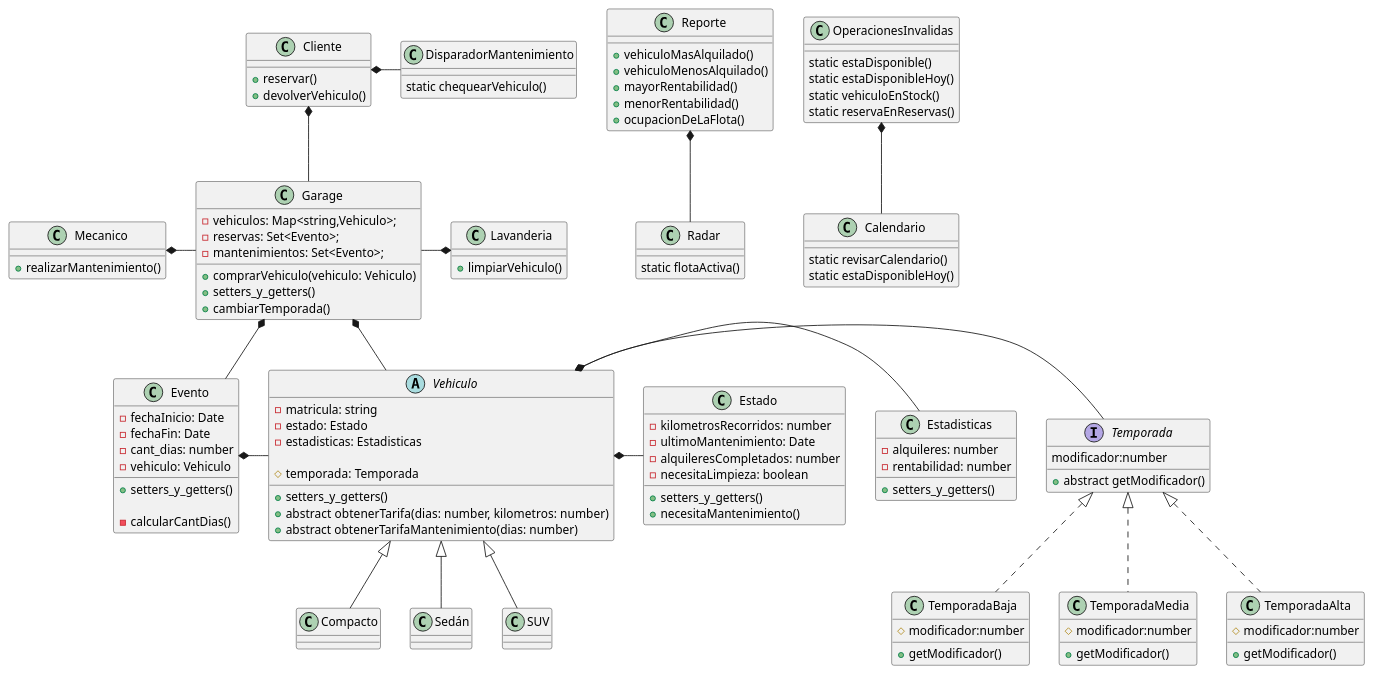
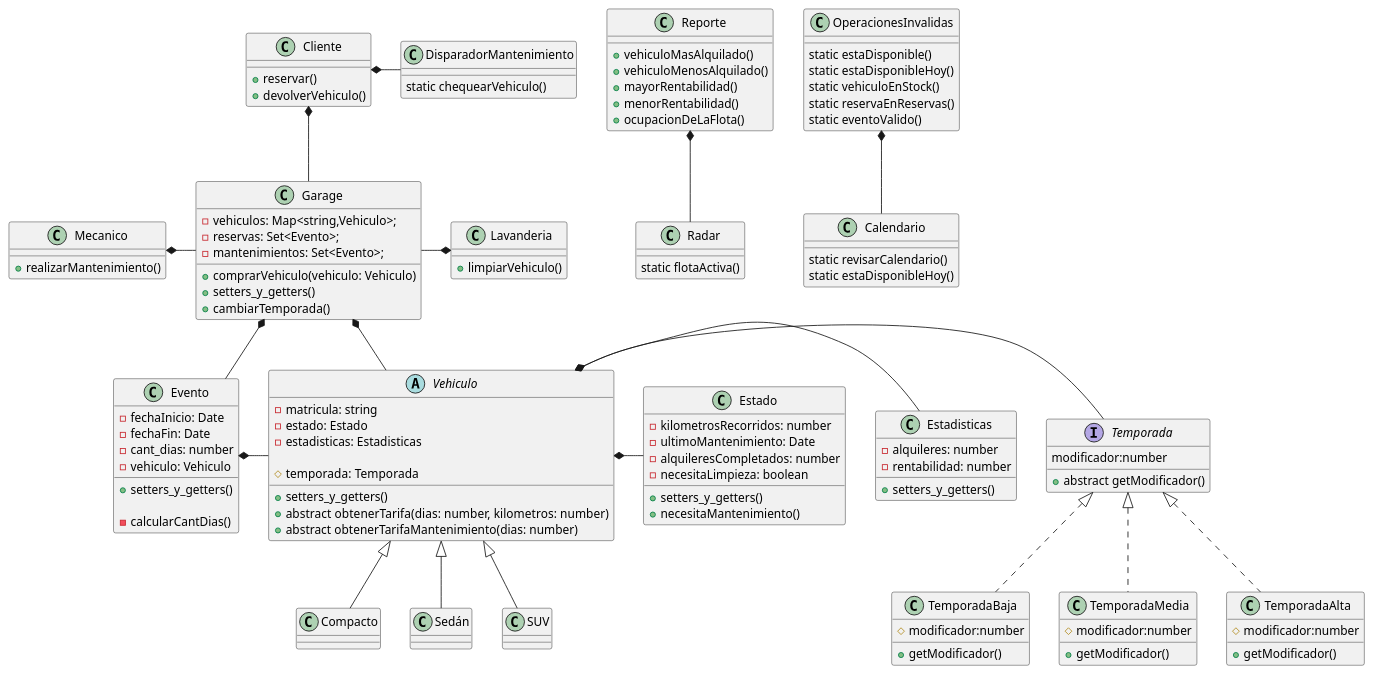
Before and after one commit to AlejoSuarez-37/Trabajo-Practico-Grupo16: the diagram in diagramas/clases.puml, drawn with PlantUML. The commit also changed 6 other files, not shown here.

Commit message:
excepcion evento valido

```diff
--- a/diagramas/clases.puml
+++ b/diagramas/clases.puml
@@ -1,149 +1,150 @@
 @startuml Diagrama de clases
 class Garage {
     - vehiculos: Map<string,Vehiculo>;
     - reservas: Set<Evento>;
     - mantenimientos: Set<Evento>;
     
     + comprarVehiculo(vehiculo: Vehiculo)
     + setters_y_getters()
     + cambiarTemporada()
 }
 
 class Cliente {
     + reservar()
     + devolverVehiculo()
 }
 
 class Mecanico {
     + realizarMantenimiento()
 }
 
 class Lavanderia {
     + limpiarVehiculo()
 }
 
 abstract class Vehiculo {
     - matricula: string
     - estado: Estado
     - estadisticas: Estadisticas
 
     # temporada: Temporada
 
     + setters_y_getters()
     + abstract obtenerTarifa(dias: number, kilometros: number)
     + abstract obtenerTarifaMantenimiento(dias: number)
 }
 
 class Compacto {
 
 }
 class Sedán {
 
 }
 class SUV {
 
 }
 
 class Estado {
     - kilometrosRecorridos: number
     - ultimoMantenimiento: Date
     - alquileresCompletados: number
     - necesitaLimpieza: boolean
     
     + setters_y_getters()
     + necesitaMantenimiento()
 }
 
 class Estadisticas {
     - alquileres: number
     - rentabilidad: number
 
     +setters_y_getters()
 }
 
 class Reporte {
     + vehiculoMasAlquilado()
     + vehiculoMenosAlquilado()
     + mayorRentabilidad()
     + menorRentabilidad()
     + ocupacionDeLaFlota()
 }
 
 class Evento {
     - fechaInicio: Date
     - fechaFin: Date
     - cant_dias: number
     - vehiculo: Vehiculo
 
     + setters_y_getters()
 
     - calcularCantDias()
 }
 
 class Calendario {
     static revisarCalendario()
     static estaDisponibleHoy()
 }
 
 class Radar {
     static flotaActiva()
 }
 
 class OperacionesInvalidas {
     static estaDisponible()
     static estaDisponibleHoy()
     static vehiculoEnStock()
     static reservaEnReservas()
+    static eventoValido()
 }
 
 class DisparadorMantenimiento {
     static chequearVehiculo()
 }
 
 interface Temporada {
     modificador:number
     + abstract getModificador()
 }
 class TemporadaBaja implements Temporada{
     # modificador:number
     + getModificador()
 }
 class TemporadaMedia implements Temporada{
     # modificador:number
     + getModificador()
 }
 class TemporadaAlta implements Temporada{
     # modificador:number
     + getModificador()
 }
 
 
 ' Relaciones
 
 
 Cliente *-- Garage
 
 Cliente *-r- DisparadorMantenimiento
 
 Mecanico *-r- Garage
 Lavanderia *-l- Garage
 
 Garage *-d- Vehiculo
 Garage *-d- Evento
 
 Evento *-r- Vehiculo
 
 Vehiculo <|-- Compacto
 Vehiculo <|-- Sedán
 Vehiculo <|-- SUV
 
 Vehiculo *-r- Temporada
 Vehiculo *-r- Estado
 Vehiculo *-r- Estadisticas
 
 OperacionesInvalidas *-- Calendario
 
 Reporte *-- Radar
 
 
 @enduml
```
